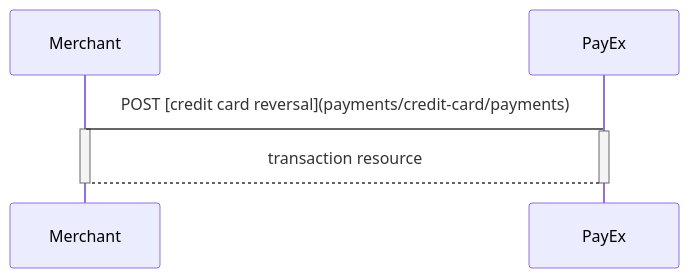
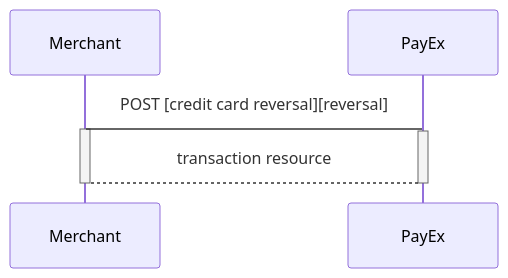
Before and after one commit to SwedbankPay/developer.swedbankpay.com: the seventh of 10 diagrams in payments/credit-card/after-payment.md, drawn with Mermaid. The commit also changed other lines of this file and 5 other files, not shown here.

````diff
--- a/payments/credit-card/after-payment.md
+++ b/payments/credit-card/after-payment.md
@@ -615,9 +617,9 @@
 ```mermaid
 sequenceDiagram
-  Merchant->PayEx: POST [credit card reversal](payments/credit-card/payments)
+  Merchant->PayEx: POST [credit card reversal][reversal]
   Activate Merchant
   Activate PayEx
   PayEx-->Merchant: transaction resource
   Deactivate PayEx
   Deactivate Merchant
 ```
````
